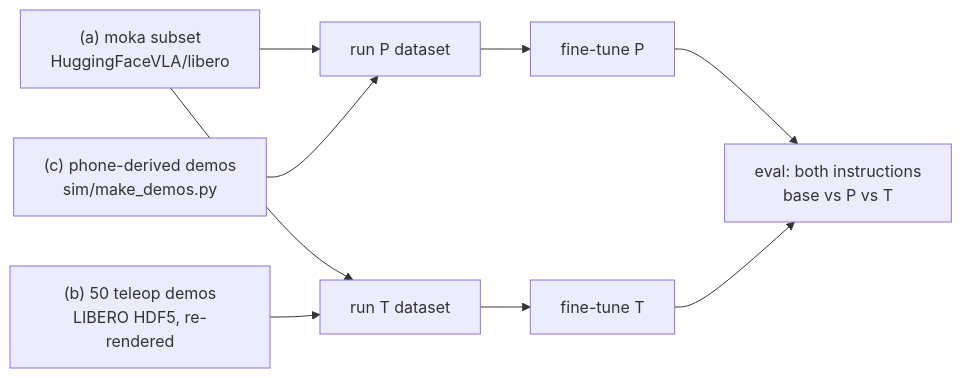
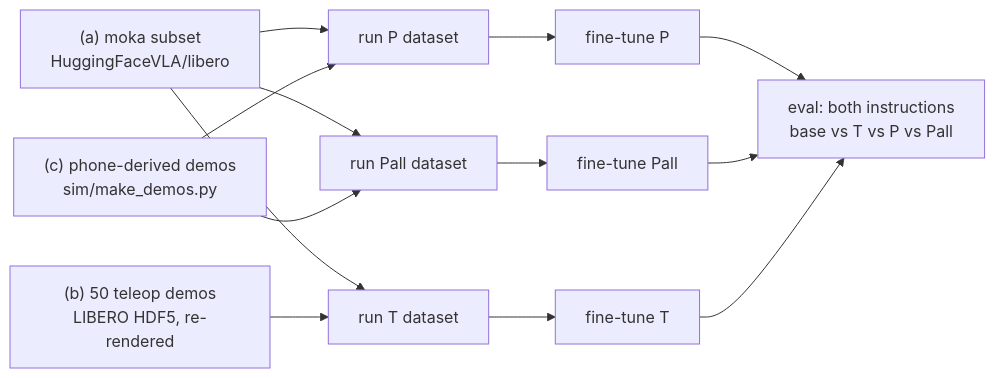
One commit to pd05849/HumanoidAI_challenge changed the diagram in docs/training.md. Above: the diagram before and after it, drawn with Mermaid. The commit also changed other lines of this file and 2 other files, not shown here.

````diff
--- a/docs/training.md
+++ b/docs/training.md
@@ -48,9 +52,12 @@
 ```mermaid
 flowchart LR
     A["(a) moka subset<br/>HuggingFaceVLA/libero"] --> P["run P dataset"]
     A --> T["run T dataset"]
     B["(b) 50 teleop demos<br/>LIBERO HDF5, re-rendered"] --> T
+    A --> PA["run Pall dataset"]
     C["(c) phone-derived demos<br/>sim/make_demos.py"] --> P
-    P --> TP["fine-tune P"] --> E["eval: both instructions<br/>base vs P vs T"]
+    C --> PA
+    P --> TP["fine-tune P"] --> E["eval: both instructions<br/>base vs T vs P vs Pall"]
+    PA --> TPA["fine-tune Pall"] --> E
     T --> TT["fine-tune T"] --> E
 ```
````
